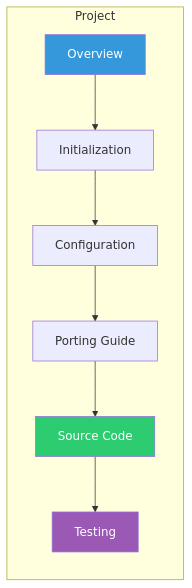
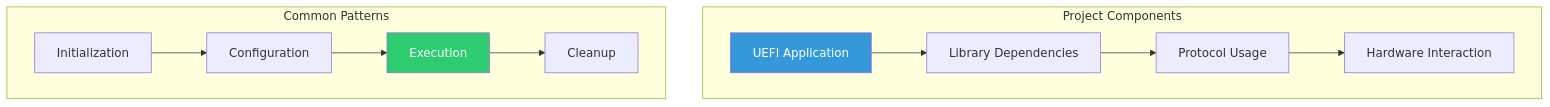
The first of 3 diagrams in part5/index.md (MichaelTien8901/uefi-guide-tutorial), drawn with Mermaid before and after one commit. The commit also changed other lines of this file and 4 other files, not shown here.

````diff
--- a/part5/index.md
+++ b/part5/index.md
@@ -30,17 +28,25 @@
 ```mermaid
-flowchart LR
-    subgraph Project
-        O[Overview]
-        I[Initialization]
-        C[Configuration]
-        P[Porting Guide]
-        S[Source Code]
-        T[Testing]
+flowchart TB
+    subgraph "Project Components"
+        APP[UEFI Application]
+        LIB[Library Dependencies]
+        PROTO[Protocol Usage]
+        HW[Hardware Interaction]
     end
 
-    O --> I --> C --> P --> S --> T
+    subgraph "Common Patterns"
+        INIT[Initialization]
+        CONFIG[Configuration]
+        EXEC[Execution]
+        CLEAN[Cleanup]
+    end
 
-    style O fill:#3498db,color:#fff
-    style S fill:#2ecc71,color:#fff
-    style T fill:#9b59b6,color:#fff
+    APP --> LIB
+    LIB --> PROTO
+    PROTO --> HW
+
+    INIT --> CONFIG --> EXEC --> CLEAN
+
+    style APP fill:#3498db,color:#fff
+    style EXEC fill:#2ecc71,color:#fff
 ```
````
